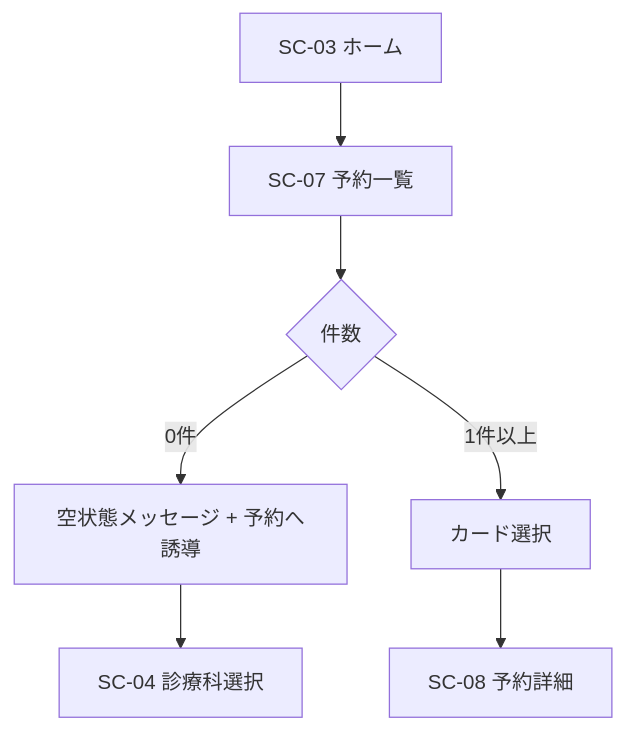
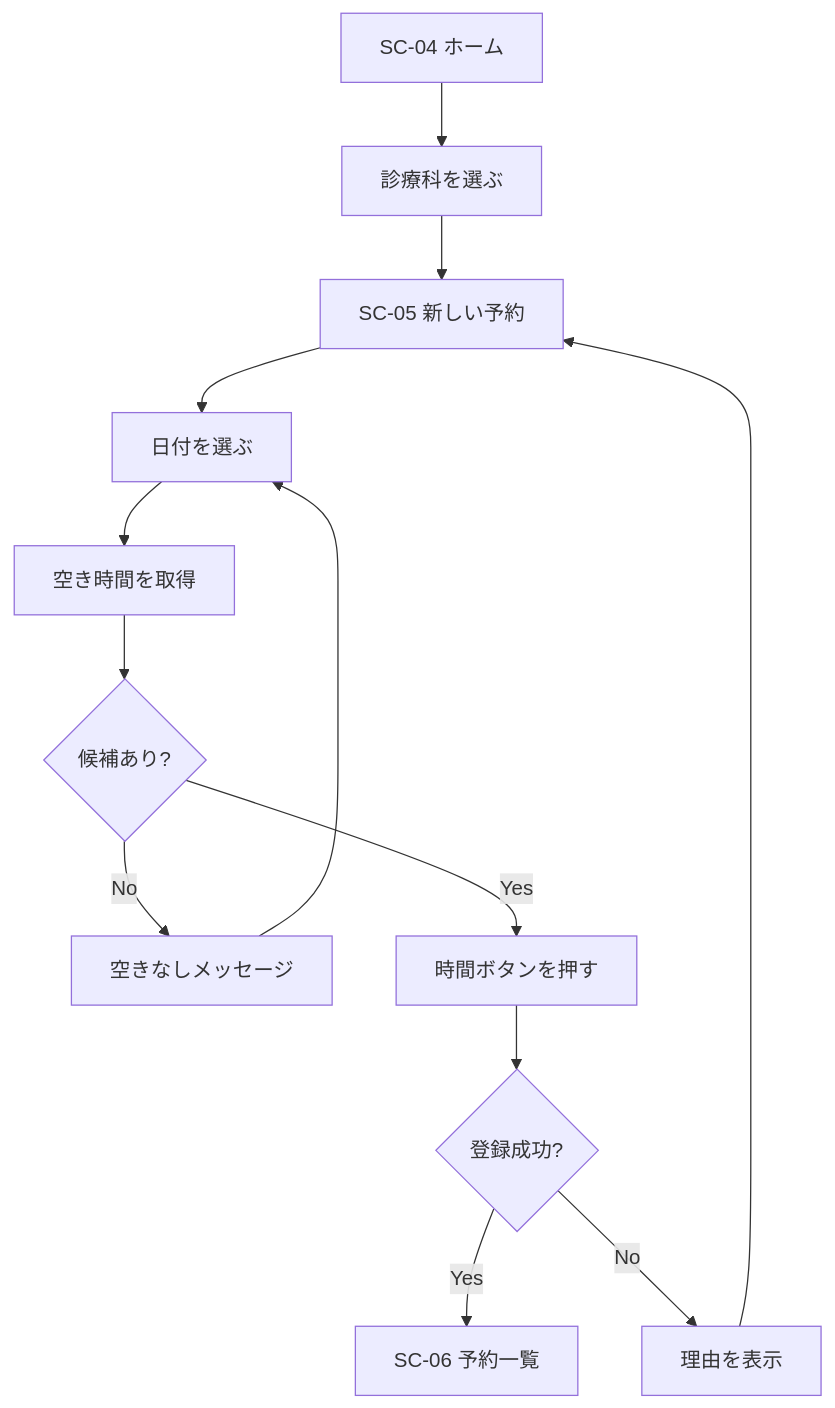
Before and after one commit to ryoga0/Calendar: the fourth of 8 diagrams in docs/04_画面フロー図.md, drawn with Mermaid. The commit also changed other lines of this file and 50 other files, not shown here.

````diff
--- a/docs/04_画面フロー図.md
+++ b/docs/04_画面フロー図.md
@@ -105,9 +96,15 @@
 ```mermaid
 flowchart TD
-  H[SC-03 ホーム] --> L[SC-07 予約一覧]
-  L --> M{件数}
-  M -->|0件| N[空状態メッセージ + 予約へ誘導]
-  N --> B[SC-04 診療科選択]
-  M -->|1件以上| O[カード選択]
-  O --> P[SC-08 予約詳細]
+  A[SC-04 ホーム] --> B[診療科を選ぶ]
+  B --> C[SC-05 新しい予約]
+  C --> D[日付を選ぶ]
+  D --> E[空き時間を取得]
+  E --> F{候補あり?}
+  F -->|No| G[空きなしメッセージ]
+  G --> D
+  F -->|Yes| H[時間ボタンを押す]
+  H --> I{登録成功?}
+  I -->|Yes| J[SC-06 予約一覧]
+  I -->|No| K[理由を表示]
+  K --> C
 ```
````
